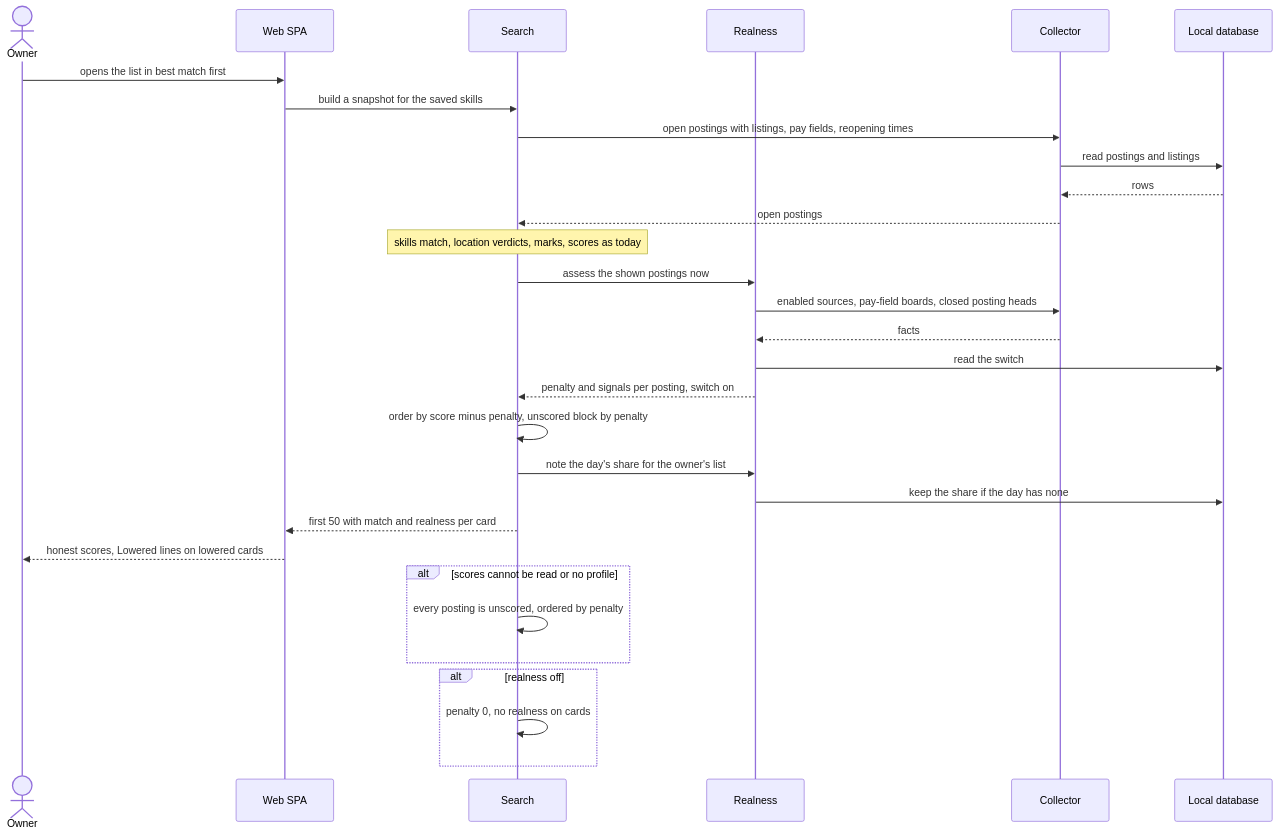
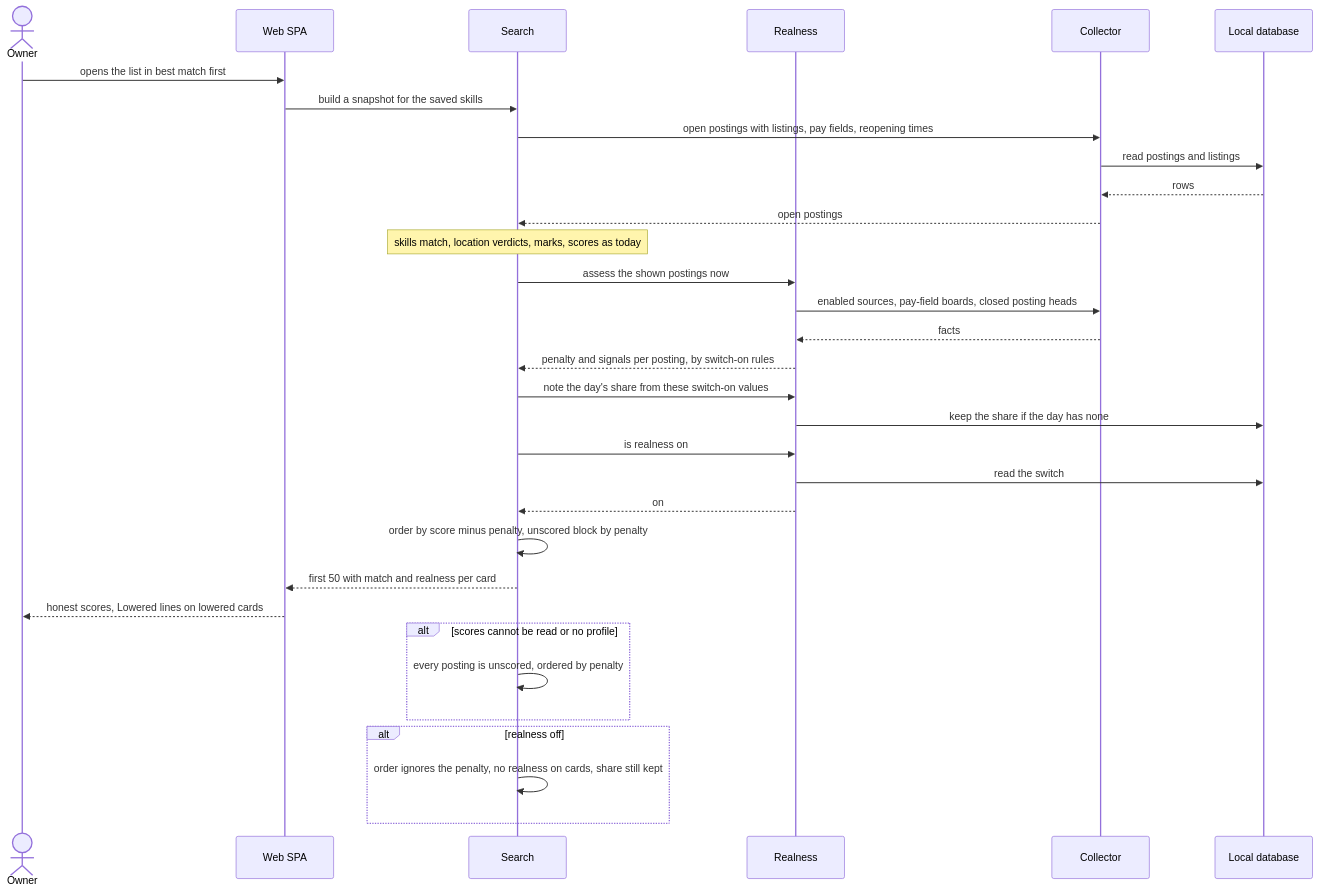
Before and after one commit to DeveloperFromUkraine/job-radar: the third of 5 diagrams in docs/features/realness-score/sad.md, drawn with Mermaid. The commit also changed other lines of this file and 1 other file, not shown here.

First line of the commit message:
design: realness-score finalization (critic pass)

````diff
--- a/docs/features/realness-score/sad.md
+++ b/docs/features/realness-score/sad.md
@@ -204,32 +207,34 @@
 ```mermaid
 sequenceDiagram
     actor Owner
     participant Web as Web SPA
     participant Search
     participant Realness
     participant Collector
     participant DB as Local database
     Owner->>Web: opens the list in best match first
     Web->>Search: build a snapshot for the saved skills
     Search->>Collector: open postings with listings, pay fields, reopening times
     Collector->>DB: read postings and listings
     DB-->>Collector: rows
     Collector-->>Search: open postings
     Note over Search: skills match, location verdicts, marks, scores as today
     Search->>Realness: assess the shown postings now
     Realness->>Collector: enabled sources, pay-field boards, closed posting heads
     Collector-->>Realness: facts
+    Realness-->>Search: penalty and signals per posting, by switch-on rules
+    Search->>Realness: note the day's share from these switch-on values
+    Realness->>DB: keep the share if the day has none
+    Search->>Realness: is realness on
     Realness->>DB: read the switch
-    Realness-->>Search: penalty and signals per posting, switch on
+    Realness-->>Search: on
     Search->>Search: order by score minus penalty, unscored block by penalty
-    Search->>Realness: note the day's share for the owner's list
-    Realness->>DB: keep the share if the day has none
     Search-->>Web: first 50 with match and realness per card
     Web-->>Owner: honest scores, Lowered lines on lowered cards
     alt scores cannot be read or no profile
         Search->>Search: every posting is unscored, ordered by penalty
     end
     alt realness off
-        Search->>Search: penalty 0, no realness on cards
+        Search->>Search: order ignores the penalty, no realness on cards, share still kept
     end
 ```
````
